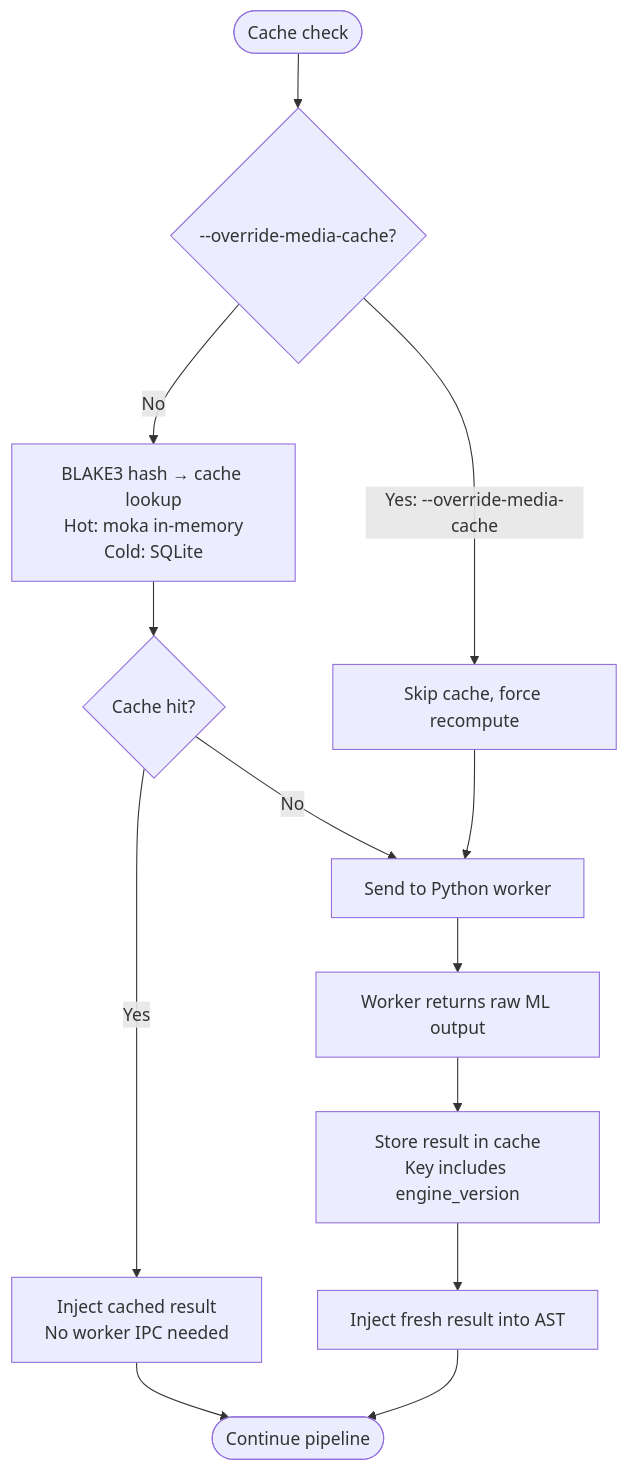
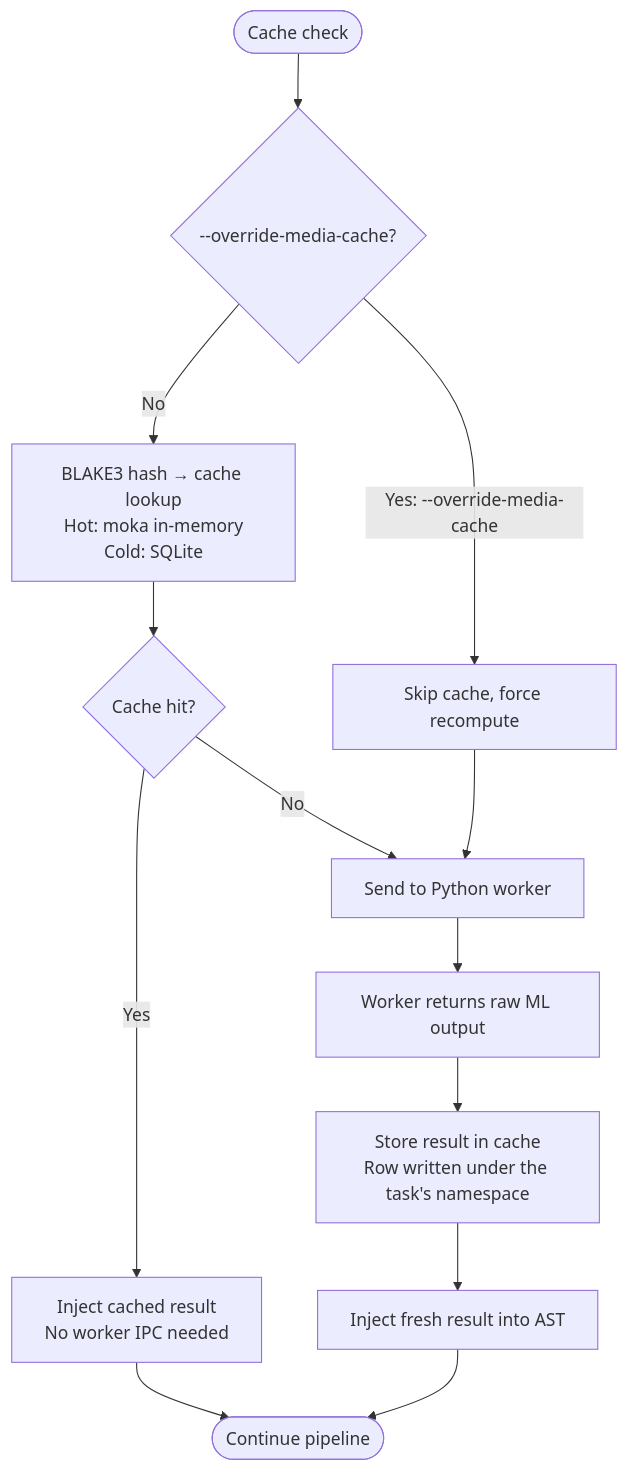
Diagram 16 of 17 in book/src/batchalign/architecture/command-flowcharts.md (FranklinChen/talkbank-tools), drawn with Mermaid before and after one commit. The commit also changed other lines of this file and 472 other files, not shown here.

````diff
--- a/book/src/batchalign/architecture/command-flowcharts.md
+++ b/book/src/batchalign/architecture/command-flowcharts.md
@@ -696,18 +697,18 @@
 ```mermaid
 flowchart TD
     start([Cache check]) --> policy{--override-media-cache?}
     policy -->|No| lookup[BLAKE3 hash → cache lookup\nHot: moka in-memory\nCold: SQLite]
     policy -->|Yes: --override-media-cache| skip_cache[Skip cache, force recompute]
 
     lookup --> hit{Cache hit?}
     hit -->|Yes| inject_cached[Inject cached result\nNo worker IPC needed]
     hit -->|No| miss[Send to Python worker]
 
     skip_cache --> miss
     miss --> infer[Worker returns raw ML output]
-    infer --> cache_put[Store result in cache\nKey includes engine_version]
+    infer --> cache_put[Store result in cache\nRow written under the task's namespace]
     cache_put --> inject_fresh[Inject fresh result into AST]
 
     inject_cached --> done([Continue pipeline])
     inject_fresh --> done
 ```
````
